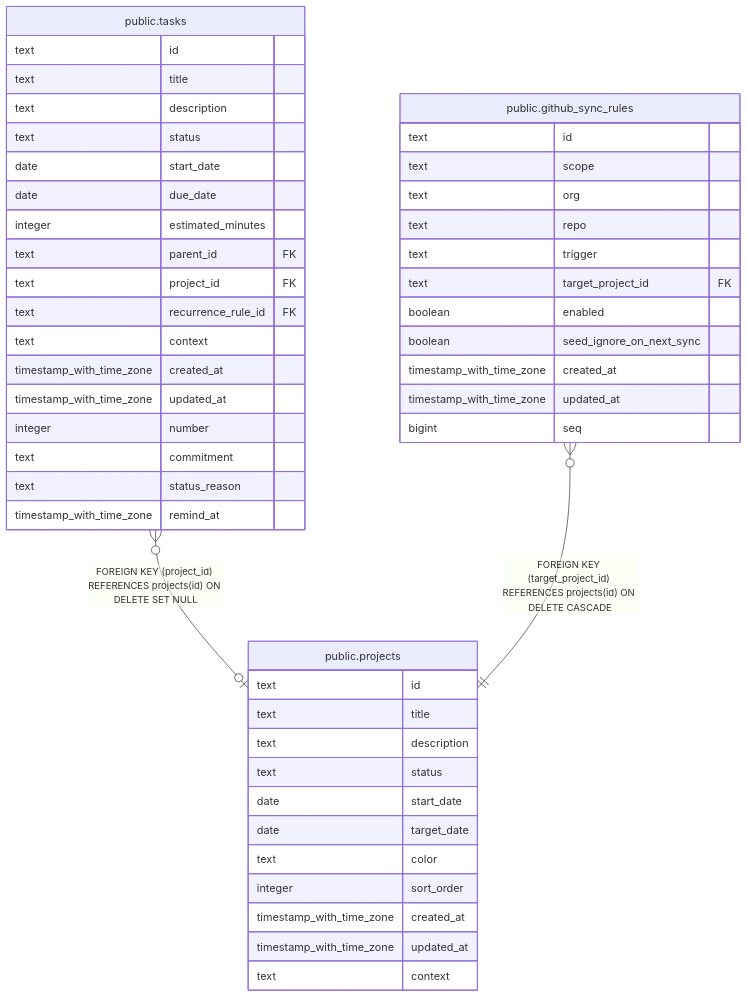
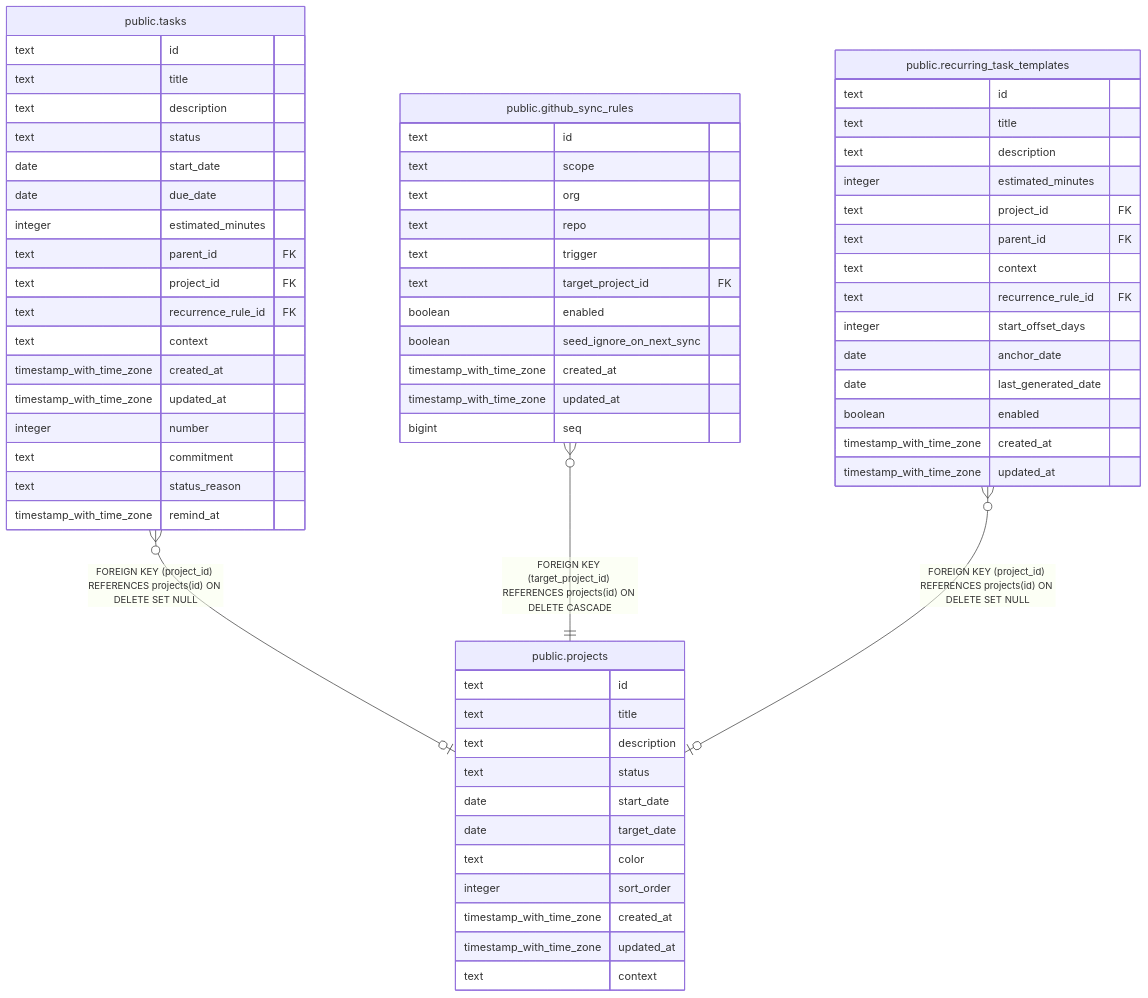
One commit to fohte/tq changed the diagram in docs/db/public.projects.md. Above: the diagram before and after it, drawn with Mermaid. The commit also changed other lines of this file and 21 other files, not shown here.

Commit message:
api: add recurring task template definitions and CRUD APIs (#656)

````diff
--- a/docs/db/public.projects.md
+++ b/docs/db/public.projects.md
@@ -36,52 +36,69 @@
 ```mermaid
 erDiagram
 
 "public.tasks" }o--o| "public.projects" : "FOREIGN KEY (project_id) REFERENCES projects(id) ON DELETE SET NULL"
 "public.github_sync_rules" }o--|| "public.projects" : "FOREIGN KEY (target_project_id) REFERENCES projects(id) ON DELETE CASCADE"
+"public.recurring_task_templates" }o--o| "public.projects" : "FOREIGN KEY (project_id) REFERENCES projects(id) ON DELETE SET NULL"
 
 "public.projects" {
   text id
   text title
   text description
   text status
   date start_date
   date target_date
   text color
   integer sort_order
   timestamp_with_time_zone created_at
   timestamp_with_time_zone updated_at
   text context
 }
 "public.tasks" {
   text id
   text title
   text description
   text status
   date start_date
   date due_date
   integer estimated_minutes
   text parent_id FK
   text project_id FK
   text recurrence_rule_id FK
   text context
   timestamp_with_time_zone created_at
   timestamp_with_time_zone updated_at
   integer number
   text commitment
   text status_reason
   timestamp_with_time_zone remind_at
 }
 "public.github_sync_rules" {
   text id
   text scope
   text org
   text repo
   text trigger
   text target_project_id FK
   boolean enabled
   boolean seed_ignore_on_next_sync
   timestamp_with_time_zone created_at
   timestamp_with_time_zone updated_at
   bigint seq
 }
+"public.recurring_task_templates" {
+  text id
+  text title
+  text description
+  integer estimated_minutes
+  text project_id FK
+  text parent_id FK
+  text context
+  text recurrence_rule_id FK
+  integer start_offset_days
+  date anchor_date
+  date last_generated_date
+  boolean enabled
+  timestamp_with_time_zone created_at
+  timestamp_with_time_zone updated_at
+}
 ```
````
